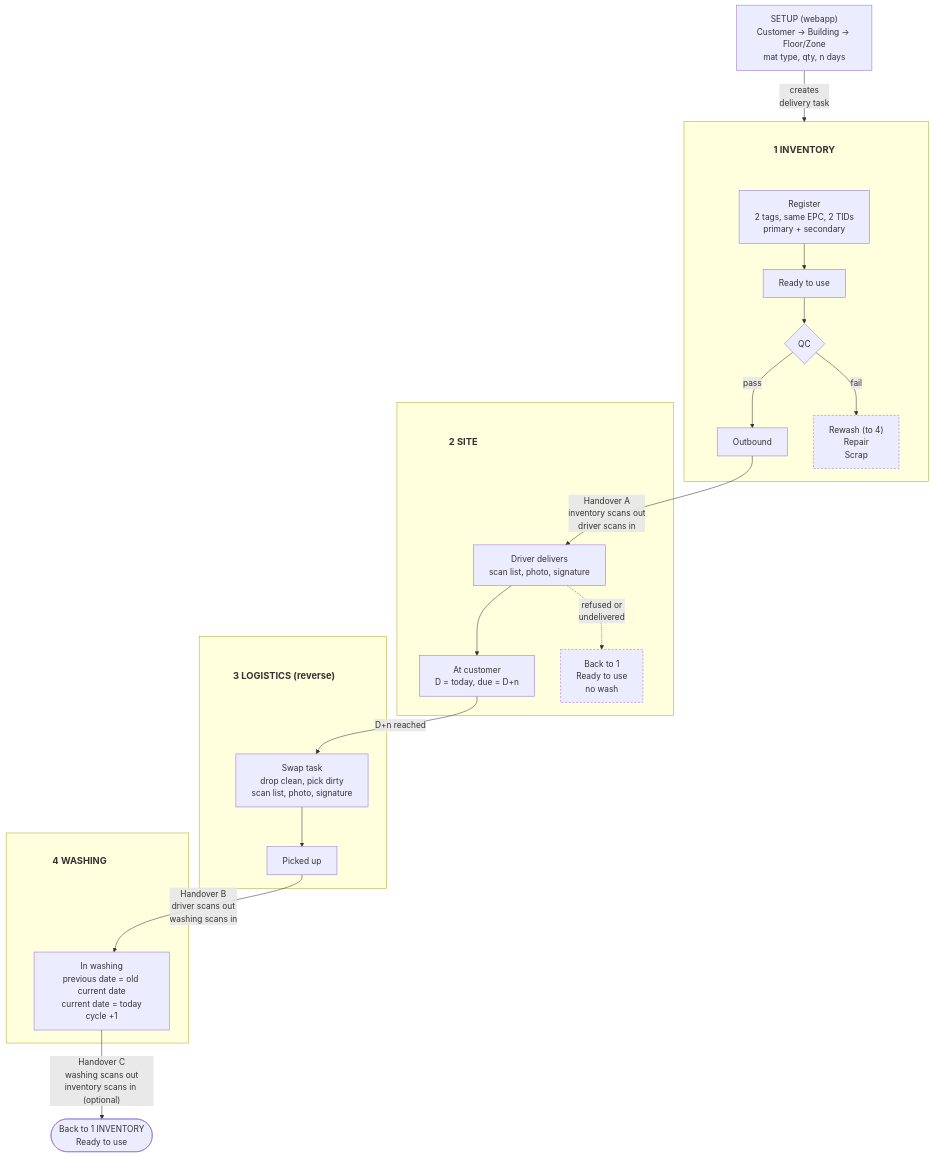
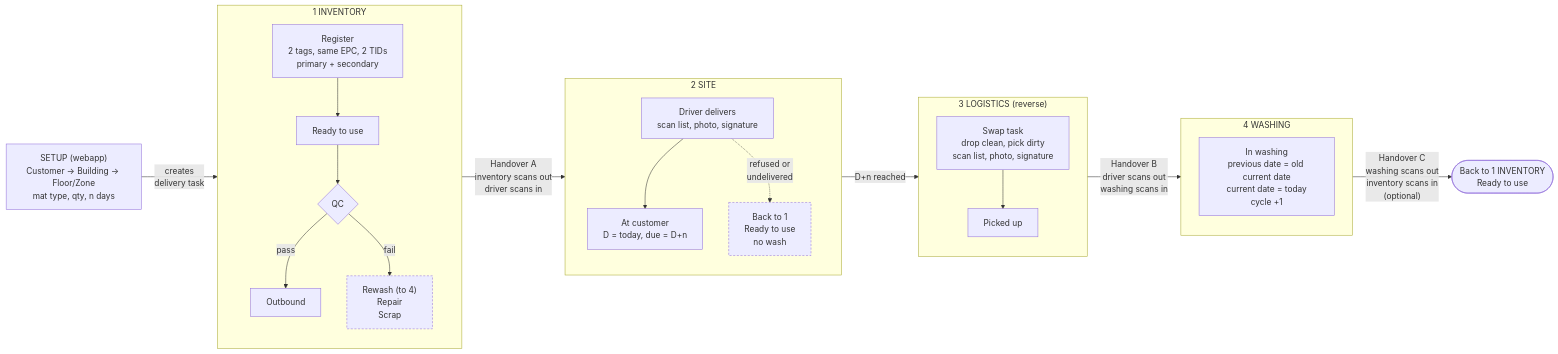
One commit to Naveenrawat-max/laundry-poc changed the diagram in FLOW.md. Above: the diagram before and after it, drawn with Mermaid. The commit also changed other lines of this file and 3 other files, not shown here.

Commit message:
Make flow diagram landscape at 0.1.6.

````diff
--- a/FLOW.md
+++ b/FLOW.md
@@ -12,39 +12,38 @@
 ```mermaid
-flowchart TD
+flowchart LR
     SETUP["SETUP (webapp)<br/>Customer → Building → Floor/Zone<br/>mat type, qty, n days"]
 
-    subgraph INV[" "]
-        T1["1 INVENTORY"]:::phase ~~~ REG
+    subgraph INV["1 INVENTORY"]
+        direction TB
         REG["Register<br/>2 tags, same EPC, 2 TIDs<br/>primary + secondary"] --> READY["Ready to use"]
         READY --> QC{"QC"}
         QC -- pass --> OUT["Outbound"]
         QC -- fail --> FIX["Rewash (to 4)<br/>Repair<br/>Scrap"]:::side
     end
 
-    subgraph SITE[" "]
-        T2["2 SITE"]:::phase ~~~ DEL
+    subgraph SITE["2 SITE"]
+        direction TB
         DEL["Driver delivers<br/>scan list, photo, signature"] --> ATC["At customer<br/>D = today, due = D+n"]
         DEL -. "refused or<br/>undelivered" .-> REF["Back to 1<br/>Ready to use<br/>no wash"]:::side
     end
 
-    subgraph LOG[" "]
-        T3["3 LOGISTICS (reverse)"]:::phase ~~~ SWAP
+    subgraph LOG["3 LOGISTICS (reverse)"]
+        direction TB
         SWAP["Swap task<br/>drop clean, pick dirty<br/>scan list, photo, signature"] --> PICKED["Picked up"]
     end
 
-    subgraph WASH[" "]
-        T4["4 WASHING"]:::phase ~~~ INW
+    subgraph WASH["4 WASHING"]
+        direction TB
         INW["In washing<br/>previous date = old current date<br/>current date = today<br/>cycle +1"]
     end
 
     BACK(["Back to 1 INVENTORY<br/>Ready to use"])
 
     SETUP -- "creates<br/>delivery task" --> INV
-    OUT -- "Handover A<br/>inventory scans out<br/>driver scans in" --> DEL
-    ATC -- "D+n reached" --> SWAP
-    PICKED -- "Handover B<br/>driver scans out<br/>washing scans in" --> INW
-    INW -- "Handover C<br/>washing scans out<br/>inventory scans in (optional)" --> BACK
+    INV -- "Handover A<br/>inventory scans out<br/>driver scans in" --> SITE
+    SITE -- "D+n reached" --> LOG
+    LOG -- "Handover B<br/>driver scans out<br/>washing scans in" --> WASH
+    WASH -- "Handover C<br/>washing scans out<br/>inventory scans in<br/>(optional)" --> BACK
 
-    classDef phase fill:none,stroke:none,font-weight:bold,font-size:18px
     classDef side stroke-dasharray:4 3
 ```
````
